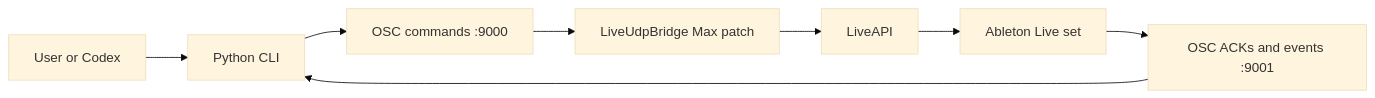
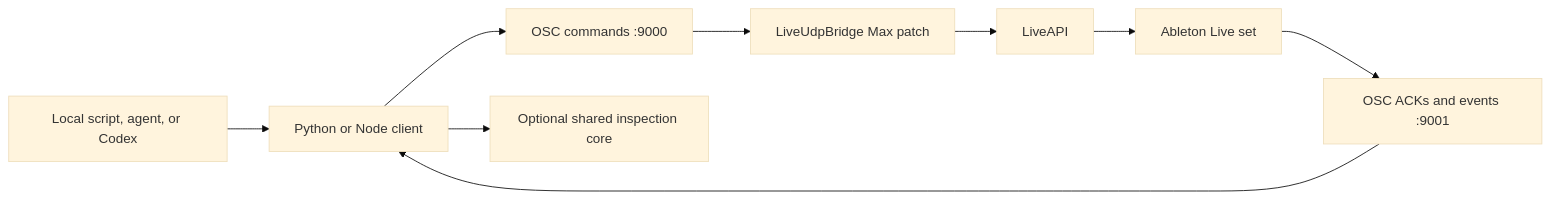
The diagram in README.md (sunflower-of-parchman/codex-live-bridge), drawn with Mermaid (base theme) before and after one commit. The commit also changed other lines of this file and 2 other files, not shown here.

Commit message:
Document hybrid bridge architecture

````diff
--- a/README.md
+++ b/README.md
@@ -127,10 +152,11 @@
 ```mermaid
 flowchart LR
-  U["User or Codex"] --> P["Python CLI"]
+  U["Local script, agent, or Codex"] --> P["Python or Node client"]
   P --> C["OSC commands :9000"]
   C --> B["LiveUdpBridge Max patch"]
   B --> L["LiveAPI"]
   L --> A["Ableton Live set"]
   A --> R["OSC ACKs and events :9001"]
   R --> P
+  P --> S["Optional shared inspection core"]
 ```
````
